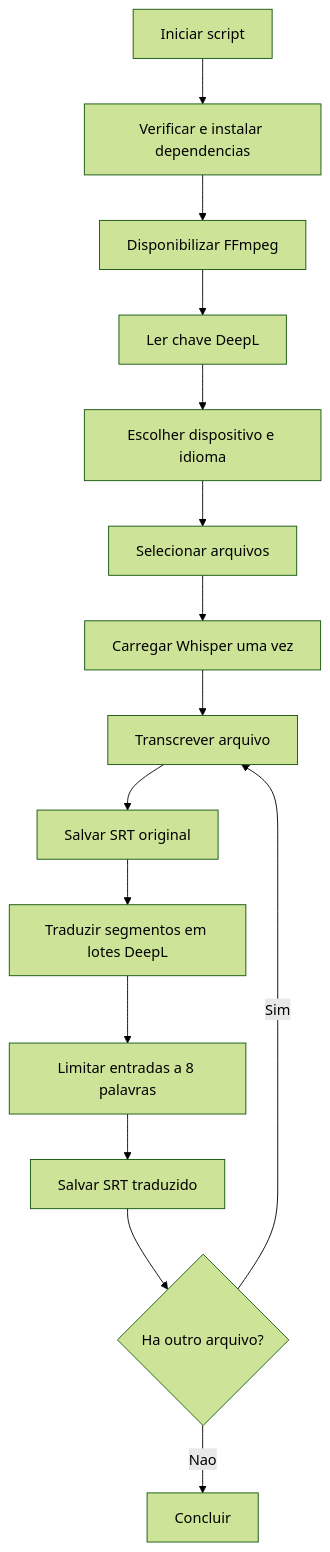
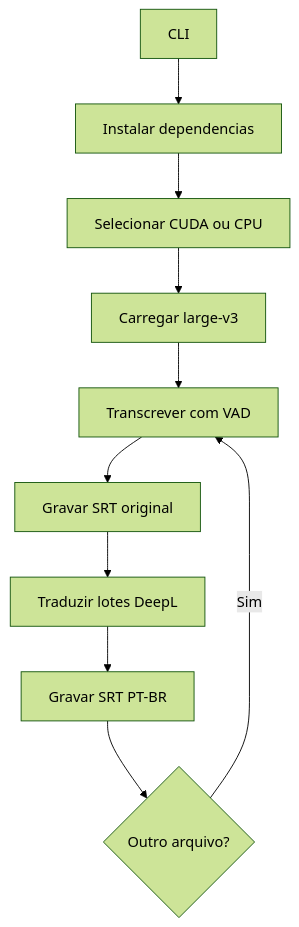
Before and after one commit to gitcarter2012/script-srt-generate-2026: the diagram in docs/MAINTENANCE.md, drawn with Mermaid (forest theme). The commit also changed other lines of this file and 13 other files, not shown here.

````diff
--- a/docs/MAINTENANCE.md
+++ b/docs/MAINTENANCE.md
@@ -27,17 +17,12 @@
 ```mermaid
 flowchart TD
-    A[Iniciar script] --> B[Verificar e instalar dependencias]
-    B --> C[Disponibilizar FFmpeg]
-    C --> D[Ler chave DeepL]
-    D --> E[Escolher dispositivo e idioma]
-    E --> F[Selecionar arquivos]
-    F --> G[Carregar Whisper uma vez]
-    G --> H[Transcrever arquivo]
-    H --> I[Salvar SRT original]
-    I --> J[Traduzir segmentos em lotes DeepL]
-    J --> K[Limitar entradas a 8 palavras]
-    K --> L[Salvar SRT traduzido]
-    L --> M{Ha outro arquivo?}
-    M -->|Sim| H
-    M -->|Nao| N[Concluir]
+    A[CLI] --> B[Instalar dependencias]
+    B --> C[Selecionar CUDA ou CPU]
+    C --> D[Carregar large-v3]
+    D --> E[Transcrever com VAD]
+    E --> F[Gravar SRT original]
+    F --> G[Traduzir lotes DeepL]
+    G --> H[Gravar SRT PT-BR]
+    H --> I{Outro arquivo?}
+    I -->|Sim| E
 ```
````
